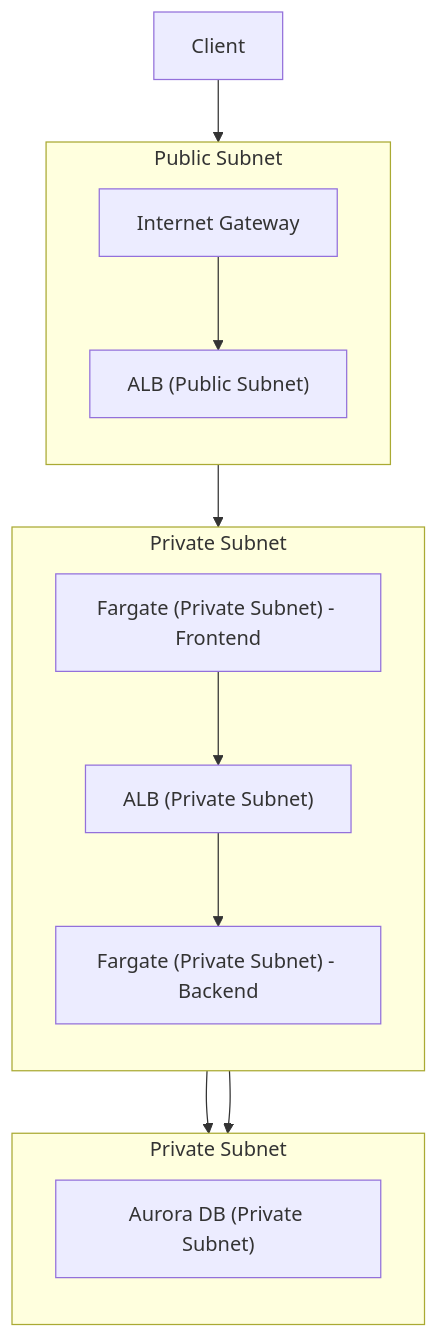
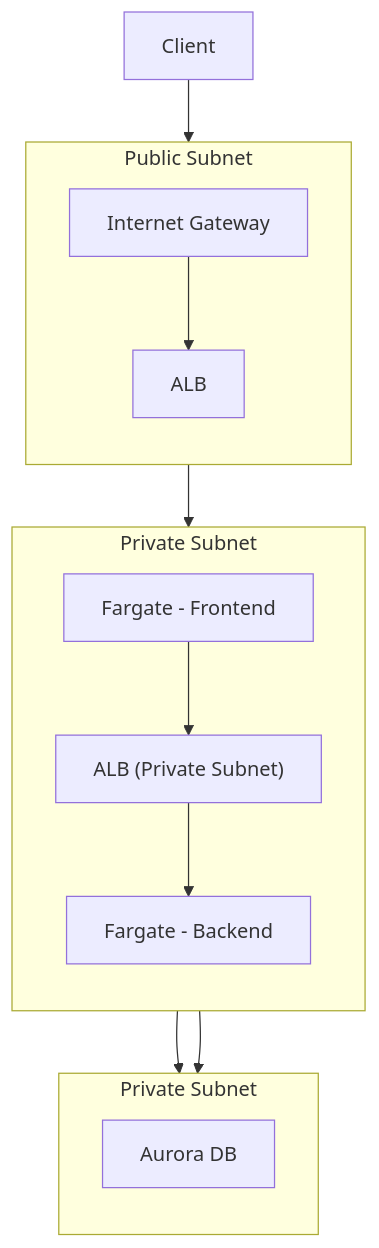
Before and after one commit to ldk980130/TIL: the diagram in infra/aws-container/03-aws-container-architecture/3-1.architecture-overview.md, drawn with Mermaid.

Commit message:
Chapter 03 컨테이너를 이용한 AWS 아키텍처 - 3-1 ~ 3-3 설계 대상 개요

````diff
--- a/infra/aws-container/03-aws-container-architecture/3-1.architecture-overview.md
+++ b/infra/aws-container/03-aws-container-architecture/3-1.architecture-overview.md
@@ -50,22 +50,22 @@
 ```mermaid
 flowchart TB
     Client[Client] --> IGW[Internet Gateway]
     
     subgraph Public_Subnet["Public Subnet"]
         direction TB
-        IGW --> ALB_Public["ALB (Public Subnet)"]
+        IGW --> ALB_Public["ALB"]
     end
 
     subgraph Private_Subnet_Apps["Private Subnet"]
         direction TB
-        ALB_Public --> Fargate_FE["Fargate (Private Subnet) - Frontend"]
+        ALB_Public --> Fargate_FE["Fargate - Frontend"]
         Fargate_FE --> ALB_Private["ALB (Private Subnet)"]
-        ALB_Private --> Fargate_BE["Fargate (Private Subnet) - Backend"]
+        ALB_Private --> Fargate_BE["Fargate - Backend"]
     end
 
     subgraph Private_Subnet_DB["Private Subnet"]
         direction TB
-        Fargate_FE --> Aurora["Aurora DB (Private Subnet)"]
+        Fargate_FE --> Aurora["Aurora DB"]
         Fargate_BE --> Aurora
     end
 ```
````
